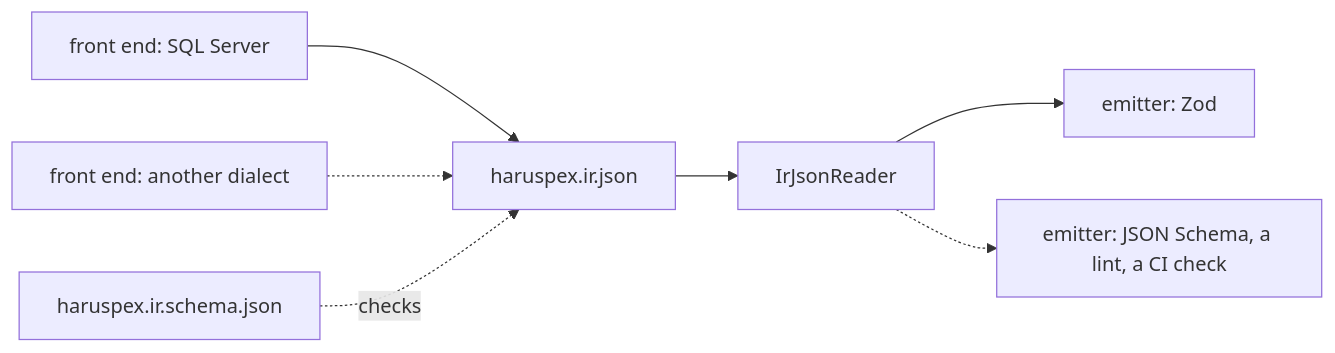
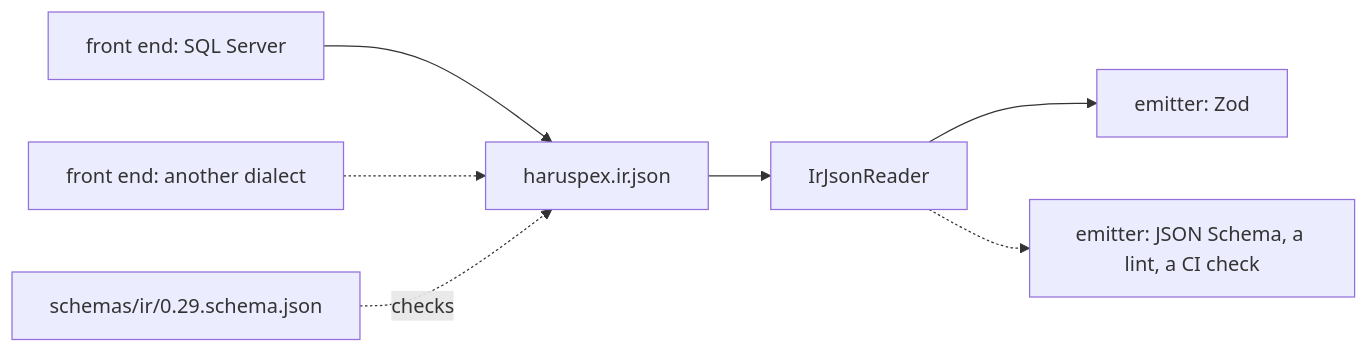
One commit to haruspex-tools/haruspex changed the diagram in docs/internals/10-the-ir-as-a-contract.md. Above: the diagram before and after it, drawn with Mermaid. The commit also changed other lines of this file and 12 other files, not shown here.

````diff
--- a/docs/internals/10-the-ir-as-a-contract.md
+++ b/docs/internals/10-the-ir-as-a-contract.md
@@ -26,9 +26,9 @@
 ```mermaid
 flowchart LR
     tsql["front end: SQL Server"] --> file["haruspex.ir.json"]
     pg["front end: another dialect"] -.-> file
     file --> reader["IrJsonReader"]
     reader --> zod["emitter: Zod"]
     reader -.-> other["emitter: JSON Schema, a lint, a CI check"]
-    schema["haruspex.ir.schema.json"] -.->|checks| file
+    schema["schemas/ir/0.29.schema.json"] -.->|checks| file
 ```
````
